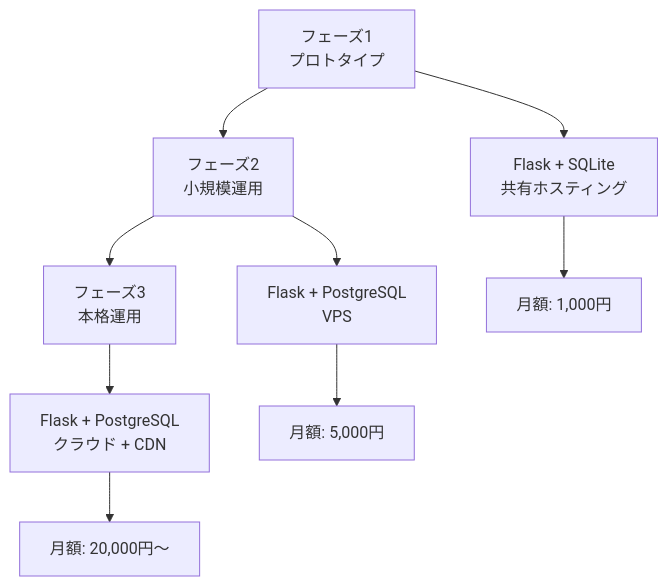
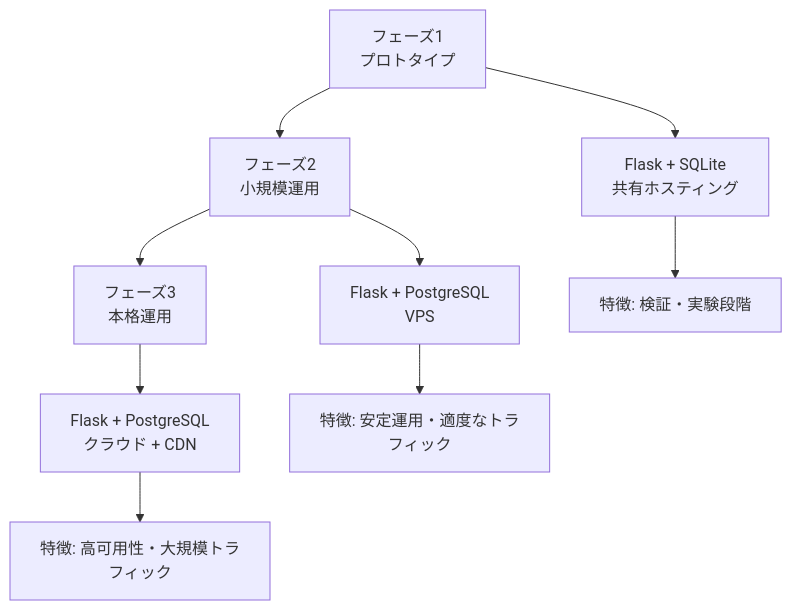
Before and after one commit to Monzi-takuya/web-fundamentals-for-non-engineers: the ninth of 10 diagrams in docs/02_Web基礎理解/05_推奨_WebサイトとWebアプリケーション.md, drawn with Mermaid. The commit also changed other lines of this file and 2 other files, not shown here.

````diff
--- a/docs/02_Web基礎理解/05_推奨_WebサイトとWebアプリケーション.md
+++ b/docs/02_Web基礎理解/05_推奨_WebサイトとWebアプリケーション.md
@@ -387,13 +418,13 @@
 ```mermaid
 flowchart TD
     A["フェーズ1<br/>プロトタイプ"] --> B["フェーズ2<br/>小規模運用"]
     B --> C["フェーズ3<br/>本格運用"]
     
     A --> A1["Flask + SQLite<br/>共有ホスティング"]
     B --> B1["Flask + PostgreSQL<br/>VPS"]
     C --> C1["Flask + PostgreSQL<br/>クラウド + CDN"]
     
-    A1 --> A2["月額: 1,000円"]
-    B1 --> B2["月額: 5,000円"]
-    C1 --> C2["月額: 20,000円〜"]
+    A1 --> A2["特徴: 検証・実験段階"]
+    B1 --> B2["特徴: 安定運用・適度なトラフィック"]
+    C1 --> C2["特徴: 高可用性・大規模トラフィック"]
 ```
````
